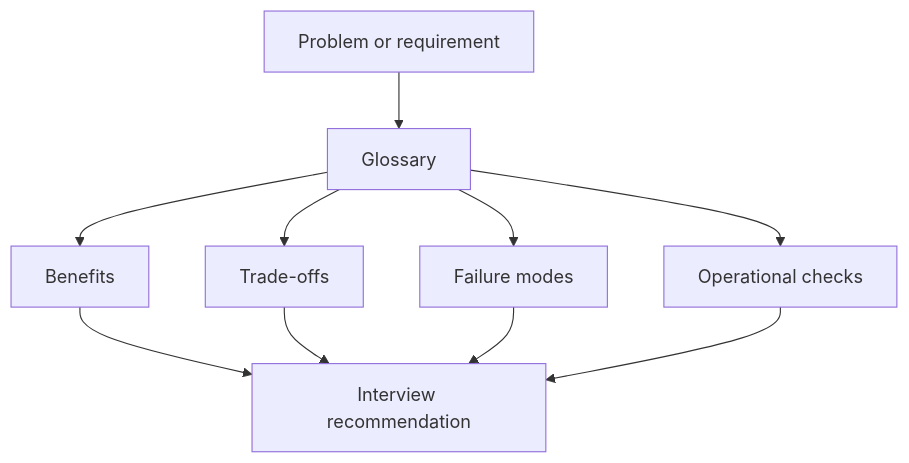
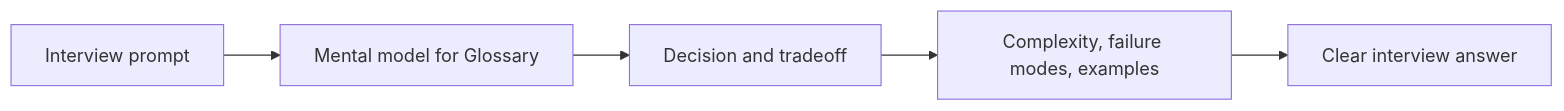
One commit to abstractinterviews/abstractinterviews.github.io changed the diagram in glossary.md. Above: the diagram before and after it, drawn with Mermaid. The commit also changed other lines of this file and 278 other files, not shown here.

````diff
--- a/glossary.md
+++ b/glossary.md
@@ -75,12 +67,7 @@
-~~~mermaid
-flowchart TD
-    Problem["Problem or requirement"] --> Concept["Glossary"]
-    Concept --> Benefits["Benefits"]
-    Concept --> Tradeoffs["Trade-offs"]
-    Concept --> FailureModes["Failure modes"]
-    Concept --> Operations["Operational checks"]
-    Benefits --> Decision["Interview recommendation"]
-    Tradeoffs --> Decision
-    FailureModes --> Decision
-    Operations --> Decision
-~~~
+```mermaid
+flowchart LR
+    Problem["Interview prompt"] --> Model["Mental model for Glossary"]
+    Model --> Choice["Decision and tradeoff"]
+    Choice --> Evidence["Complexity, failure modes, examples"]
+    Evidence --> Answer["Clear interview answer"]
+```
````
